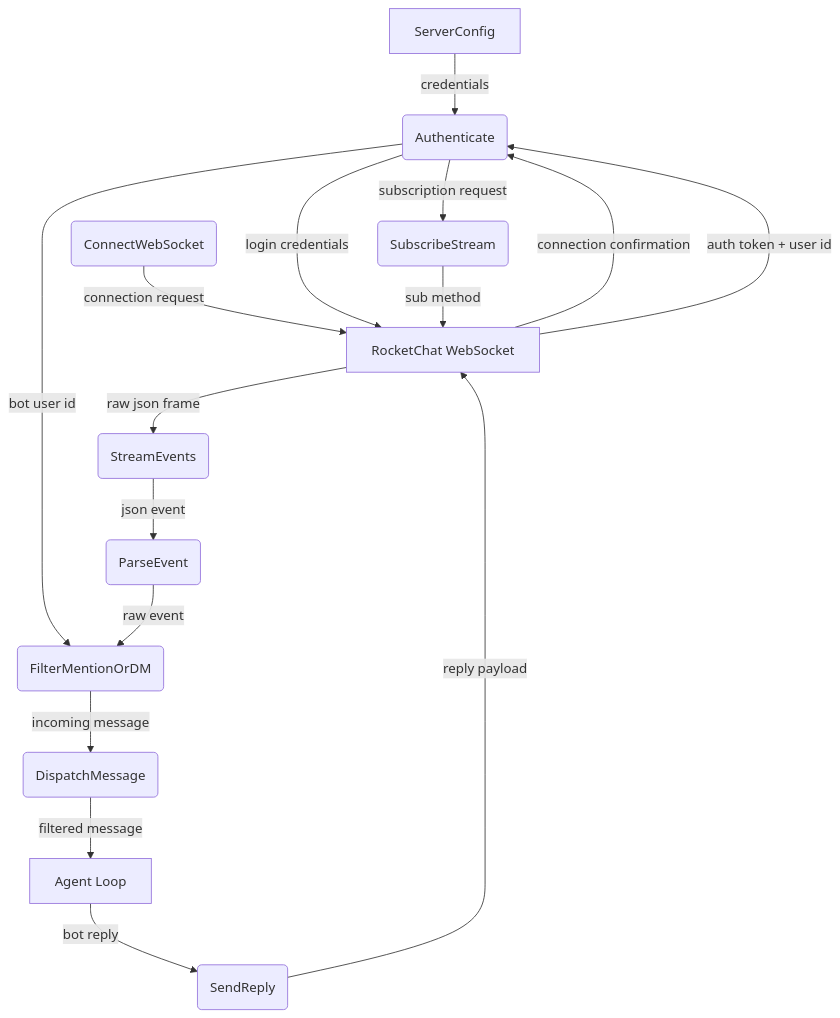
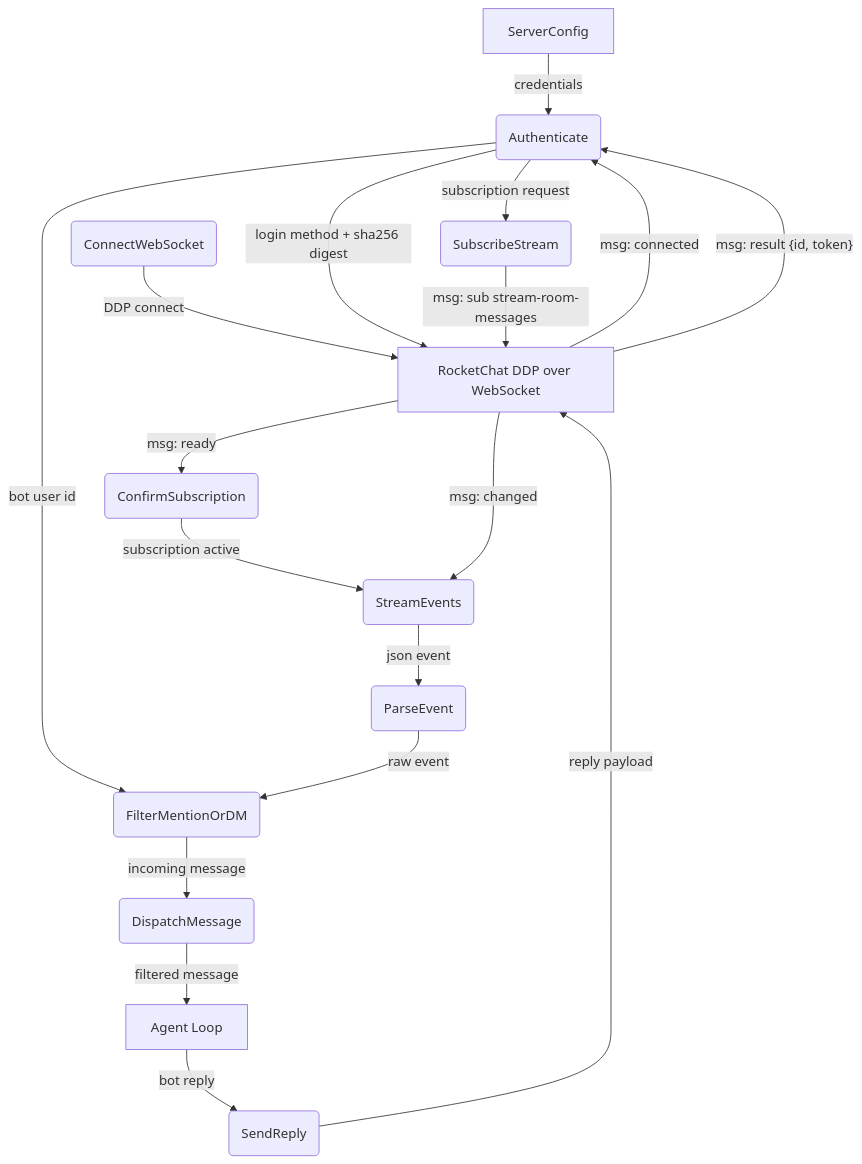
The first of 5 diagrams in _dfds/rocketchat.md (cosmoswafer/rockbot), drawn with Mermaid before and after one commit. The commit also changed other lines of this file, not shown here.

Commit message:
fix(dfd): correct DDP protocol details and document known gaps in rocketchat DFD

````diff
--- a/_dfds/rocketchat.md
+++ b/_dfds/rocketchat.md
@@ -21,30 +26,33 @@
 ```mermaid
 flowchart TD
     CFG[ServerConfig]
     AUTH(Authenticate)
     CONNECT(ConnectWebSocket)
     SUB(SubscribeStream)
+    READY(ConfirmSubscription)
     STREAM(StreamEvents)
     PARSE(ParseEvent)
     FILTER(FilterMentionOrDM)
     DISPATCH(DispatchMessage)
     SEND(SendReply)
     HARNESS[Agent Loop]
-    RC_WS[RocketChat WebSocket]
+    RC_DDP[RocketChat DDP over WebSocket]
 
     CFG -->|"credentials"| AUTH
-    CONNECT -->|"connection request"| RC_WS
-    RC_WS -->|"connection confirmation"| AUTH
-    AUTH -->|"login credentials"| RC_WS
-    RC_WS -->|"auth token + user id"| AUTH
+    CONNECT -->|"DDP connect"| RC_DDP
+    RC_DDP -->|"msg: connected"| AUTH
+    AUTH -->|"login method + sha256 digest"| RC_DDP
+    RC_DDP -->|"msg: result {id, token}"| AUTH
     AUTH -->|"subscription request"| SUB
-    SUB -->|"sub method"| RC_WS
-    RC_WS -->|"raw json frame"| STREAM
+    SUB -->|"msg: sub stream-room-messages"| RC_DDP
+    RC_DDP -->|"msg: ready"| READY
+    READY -->|"subscription active"| STREAM
+    RC_DDP -->|"msg: changed"| STREAM
     STREAM -->|"json event"| PARSE
     AUTH -->|"bot user id"| FILTER
     PARSE -->|"raw event"| FILTER
     FILTER -->|"incoming message"| DISPATCH
     DISPATCH -->|"filtered message"| HARNESS
     HARNESS -->|"bot reply"| SEND
-    SEND -->|"reply payload"| RC_WS
+    SEND -->|"reply payload"| RC_DDP
 ```
````
